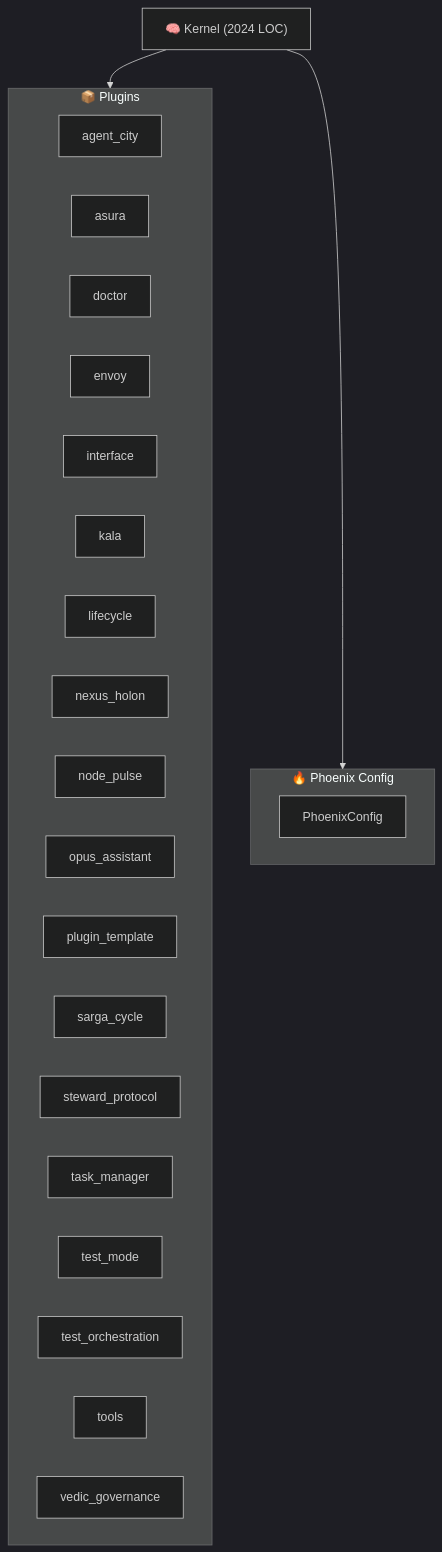
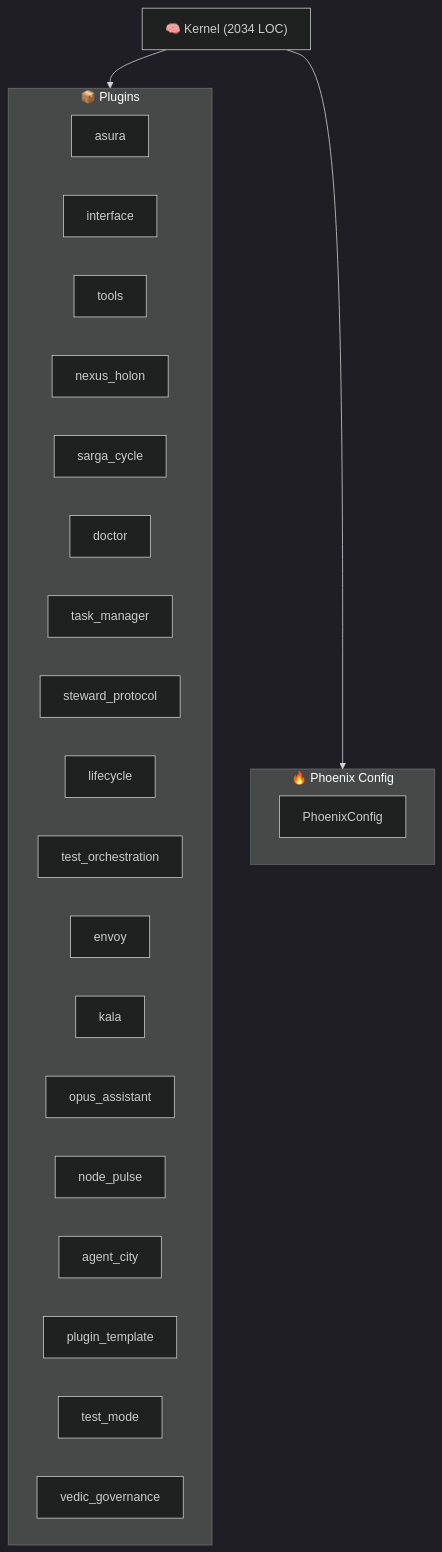
The diagram in ARCHITECTURE.md (kimeisele/steward-protocol), drawn with Mermaid (dark theme) before and after one commit. The commit also changed other lines of this file and 16 other files, not shown here.

````diff
--- a/ARCHITECTURE.md
+++ b/ARCHITECTURE.md
@@ -8,29 +8,29 @@
 ```mermaid
 graph TB
-    K["🧠 Kernel (2024 LOC)"]
+    K["🧠 Kernel (2034 LOC)"]
     subgraph Plugins["📦 Plugins"]
+        P_asura["asura"]
+        P_interface["interface"]
+        P_tools["tools"]
+        P_nexus_holon["nexus_holon"]
+        P_sarga_cycle["sarga_cycle"]
+        P_doctor["doctor"]
+        P_task_manager["task_manager"]
+        P_steward_protocol["steward_protocol"]
+        P_lifecycle["lifecycle"]
+        P_test_orchestration["test_orchestration"]
+        P_envoy["envoy"]
+        P_kala["kala"]
+        P_opus_assistant["opus_assistant"]
+        P_node_pulse["node_pulse"]
         P_agent_city["agent_city"]
-        P_asura["asura"]
-        P_doctor["doctor"]
-        P_envoy["envoy"]
-        P_interface["interface"]
-        P_kala["kala"]
-        P_lifecycle["lifecycle"]
-        P_nexus_holon["nexus_holon"]
-        P_node_pulse["node_pulse"]
-        P_opus_assistant["opus_assistant"]
         P_plugin_template["plugin_template"]
-        P_sarga_cycle["sarga_cycle"]
-        P_steward_protocol["steward_protocol"]
-        P_task_manager["task_manager"]
         P_test_mode["test_mode"]
-        P_test_orchestration["test_orchestration"]
-        P_tools["tools"]
         P_vedic_governance["vedic_governance"]
     end
     K --> Plugins
     subgraph Config["🔥 Phoenix Config"]
         PC[PhoenixConfig]
     end
     K --> Config
 ```
````
